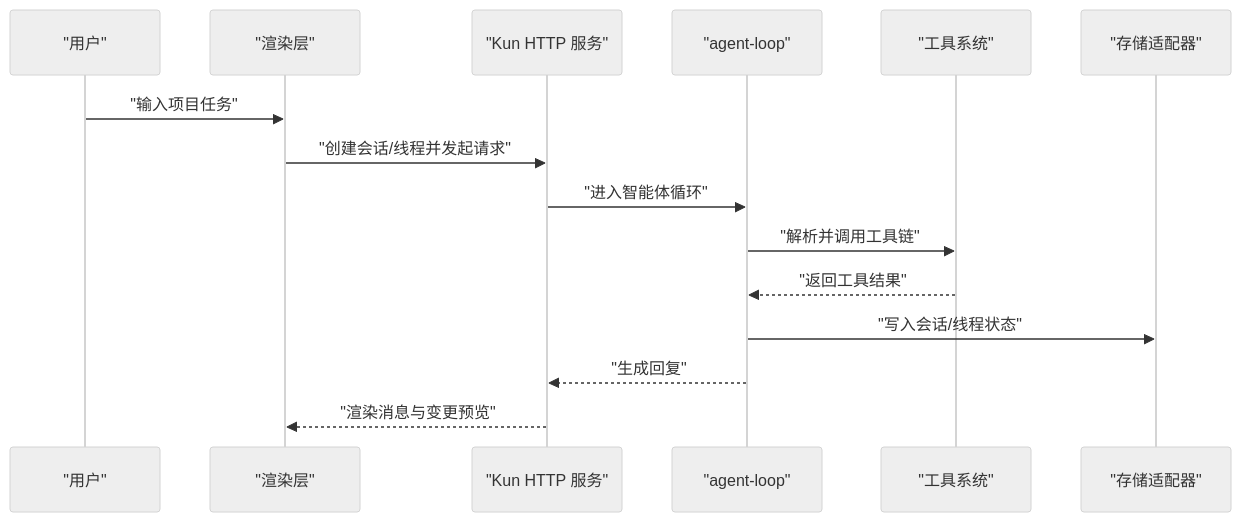
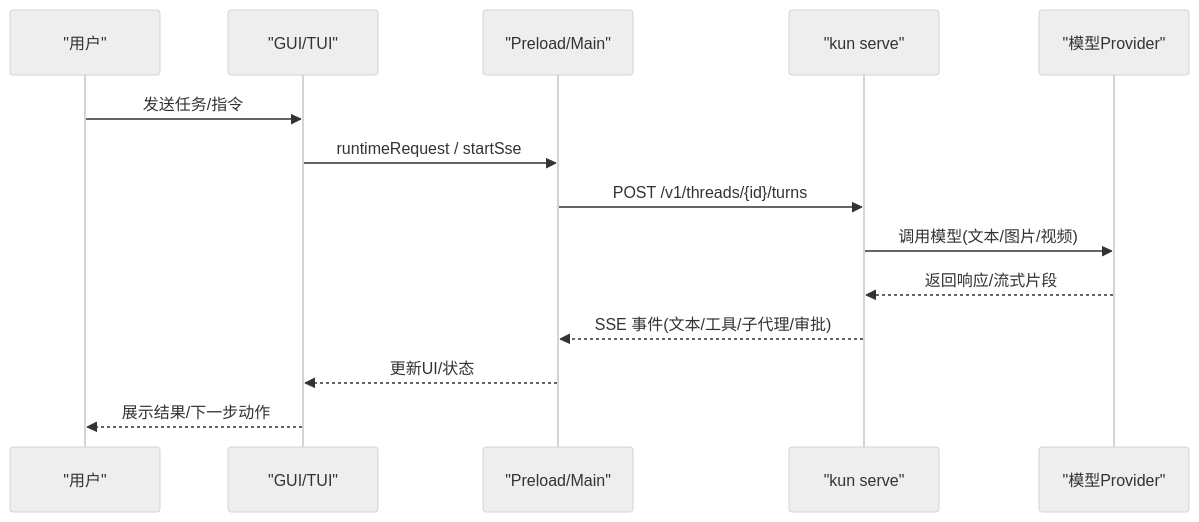
One commit to haolange/DeepSeek-GUI changed the second of 3 diagrams in .qoder/repowiki/zh/content/项目概述/核心功能特性/核心功能特性.md. Above: the diagram before and after it, drawn with Mermaid (neutral theme). The commit also changed other lines of this file and 341 other files, not shown here.

````diff
--- a/.qoder/repowiki/zh/content/项目概述/核心功能特性/核心功能特性.md
+++ b/.qoder/repowiki/zh/content/项目概述/核心功能特性/核心功能特性.md
@@ -235,17 +79,16 @@
 ```mermaid
 sequenceDiagram
 participant U as "用户"
-participant R as "渲染层"
-participant S as "Kun HTTP 服务"
-participant L as "agent-loop"
-participant T as "工具系统"
-participant P as "存储适配器"
-U->>R : "输入项目任务"
-R->>S : "创建会话/线程并发起请求"
-S->>L : "进入智能体循环"
-L->>T : "解析并调用工具链"
-T-->>L : "返回工具结果"
-L->>P : "写入会话/线程状态"
-L-->>S : "生成回复"
-S-->>R : "渲染消息与变更预览"
+participant G as "GUI/TUI"
+participant P as "Preload/Main"
+participant S as "kun serve"
+participant M as "模型Provider"
+U->>G : 发送任务/指令
+G->>P : runtimeRequest / startSse
+P->>S : POST /v1/threads/{id}/turns
+S->>M : 调用模型(文本/图片/视频)
+M-->>S : 返回响应/流式片段
+S-->>P : SSE 事件(文本/工具/子代理/审批)
+P-->>G : 更新UI/状态
+G-->>U : 展示结果/下一步动作
 ```
````
